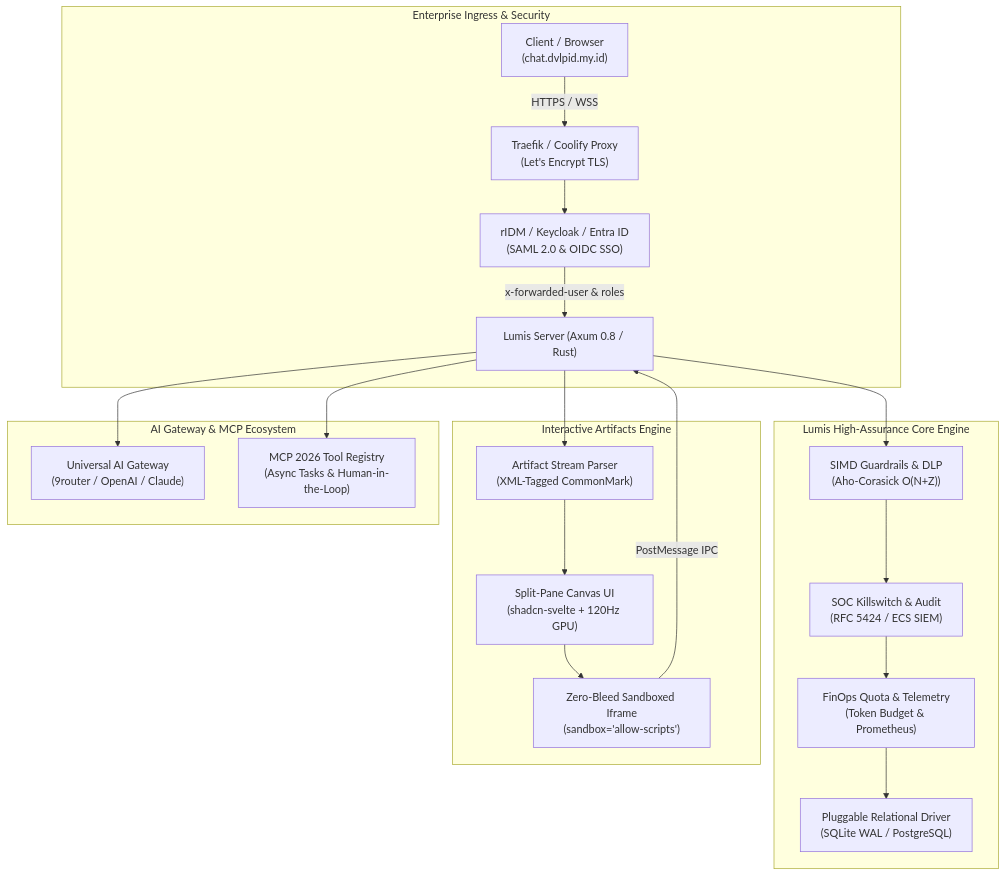
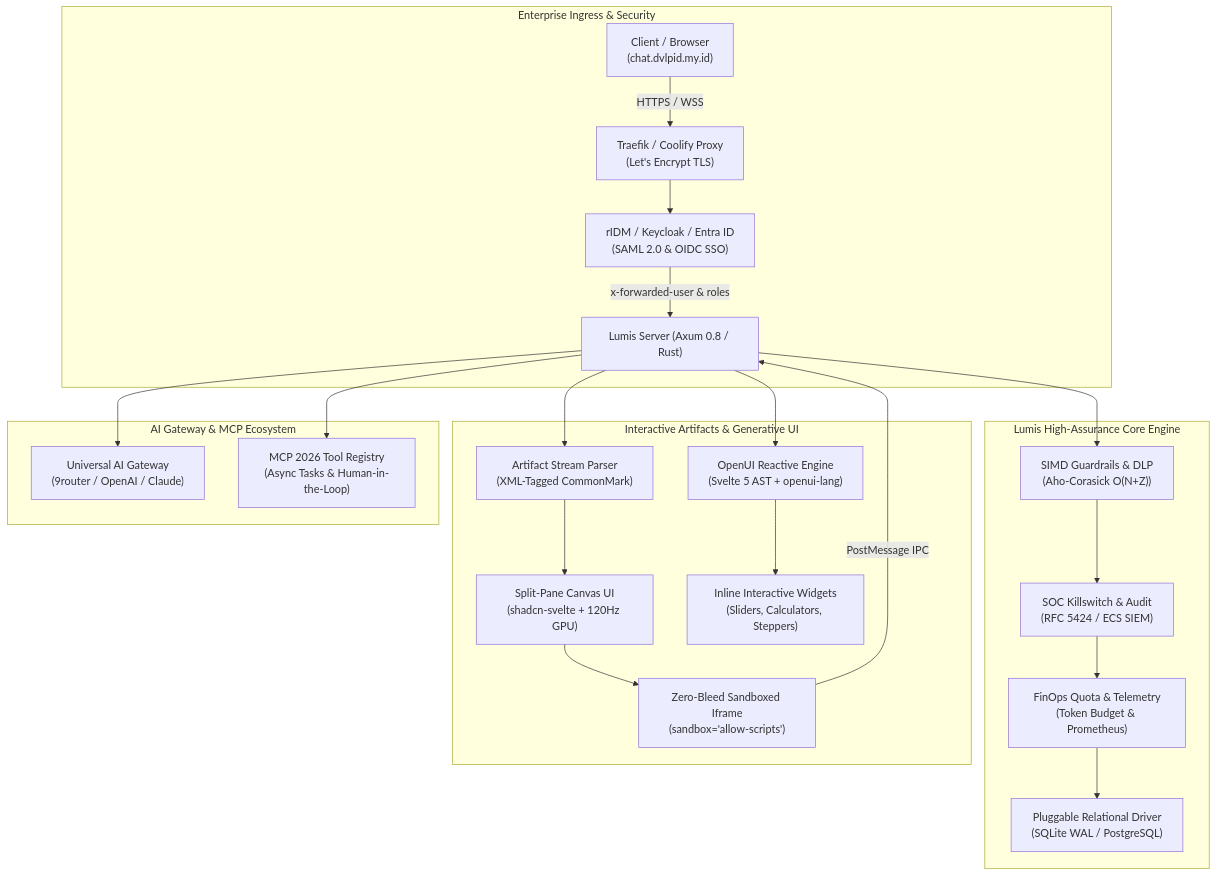
Before and after one commit to ihkaru/lumis: the diagram in README.md, drawn with Mermaid. The commit also changed other lines of this file and 6 other files, not shown here.

Commit message:
docs: document Phase 15 Intelligent Generative UI in README and roadmap

````diff
--- a/README.md
+++ b/README.md
@@ -17,27 +18,29 @@
 ```mermaid
 flowchart TD
     subgraph Ingress["Enterprise Ingress & Security"]
         A["Client / Browser<br>(chat.dvlpid.my.id)"] -->|HTTPS / WSS| B["Traefik / Coolify Proxy<br>(Let's Encrypt TLS)"]
         B --> C["rIDM / Keycloak / Entra ID<br>(SAML 2.0 & OIDC SSO)"]
         C -->|x-forwarded-user & roles| D["Lumis Server (Axum 0.8 / Rust)"]
     end
 
     subgraph Core["Lumis High-Assurance Core Engine"]
         D --> E["SIMD Guardrails & DLP<br>(Aho-Corasick O(N+Z))"]
         E --> F["SOC Killswitch & Audit<br>(RFC 5424 / ECS SIEM)"]
         F --> G["FinOps Quota & Telemetry<br>(Token Budget & Prometheus)"]
         G --> H["Pluggable Relational Driver<br>(SQLite WAL / PostgreSQL)"]
     end
 
-    subgraph Canvas["Interactive Artifacts Engine"]
+    subgraph Canvas["Interactive Artifacts & Generative UI"]
         D --> I["Artifact Stream Parser<br>(XML-Tagged CommonMark)"]
         I --> J["Split-Pane Canvas UI<br>(shadcn-svelte + 120Hz GPU)"]
         J --> K["Zero-Bleed Sandboxed Iframe<br>(sandbox='allow-scripts')"]
         K -->|PostMessage IPC| D
+        D --> N["OpenUI Reactive Engine<br>(Svelte 5 AST + openui-lang)"]
+        N --> O["Inline Interactive Widgets<br>(Sliders, Calculators, Steppers)"]
     end
 
     subgraph Upstream["AI Gateway & MCP Ecosystem"]
         D --> L["Universal AI Gateway<br>(9router / OpenAI / Claude)"]
         D --> M["MCP 2026 Tool Registry<br>(Async Tasks & Human-in-the-Loop)"]
     end
 ```
````
